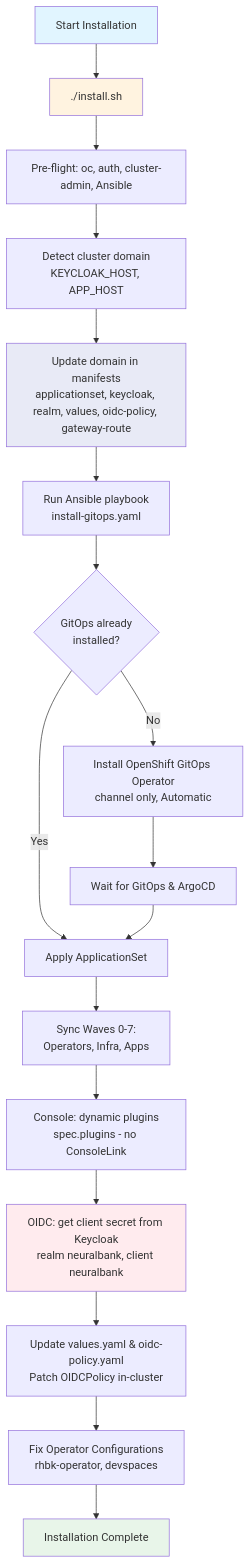
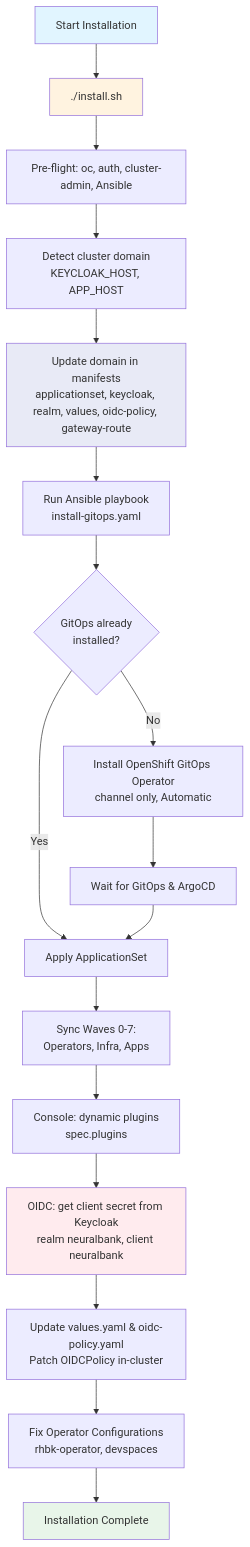
Before and after one commit to maximilianoPizarro/connectivity-link: the diagram in docs/diagrams/installation-flow.mmd, drawn with Mermaid. The commit also changed 8 other files, not shown here.

```diff
--- a/docs/diagrams/installation-flow.mmd
+++ b/docs/diagrams/installation-flow.mmd
@@ -1,26 +1,26 @@
 graph TD
     Start[Start Installation] --> InstallScript[./install.sh]
 
     InstallScript --> Preflight[Pre-flight: oc, auth, cluster-admin, Ansible]
     Preflight --> DetectDomain[Detect cluster domain<br/>KEYCLOAK_HOST, APP_HOST]
     DetectDomain --> UpdateDomains[Update domain in manifests<br/>applicationset, keycloak, realm, values, oidc-policy, gateway-route]
     UpdateDomains --> RunPlaybook[Run Ansible playbook<br/>install-gitops.yaml]
 
     RunPlaybook --> CheckGitOps{GitOps already<br/>installed?}
     CheckGitOps -->|Yes| ApplyAppSet[Apply ApplicationSet]
     CheckGitOps -->|No| InstallGitOps[Install OpenShift GitOps Operator<br/>channel only, Automatic]
     InstallGitOps --> WaitGitOps[Wait for GitOps & ArgoCD]
     WaitGitOps --> ApplyAppSet
 
     ApplyAppSet --> SyncWaves[Sync Waves 0-7:<br/>Operators, Infra, Apps]
-    SyncWaves --> ConsolePlugins[Console: dynamic plugins<br/>spec.plugins - no ConsoleLink]
+    SyncWaves --> ConsolePlugins[Console: dynamic plugins<br/>spec.plugins]
     ConsolePlugins --> OIDCFromKC[OIDC: get client secret from Keycloak<br/>realm neuralbank, client neuralbank]
     OIDCFromKC --> UpdateValues[Update values.yaml & oidc-policy.yaml<br/>Patch OIDCPolicy in-cluster]
     UpdateValues --> FixConfig[Fix Operator Configurations<br/>rhbk-operator, devspaces]
     FixConfig --> Complete[Installation Complete]
 
     style Start fill:#e1f5ff
     style InstallScript fill:#fff3e0
     style UpdateDomains fill:#e8eaf6
     style OIDCFromKC fill:#ffebee
     style Complete fill:#e8f5e9
```
